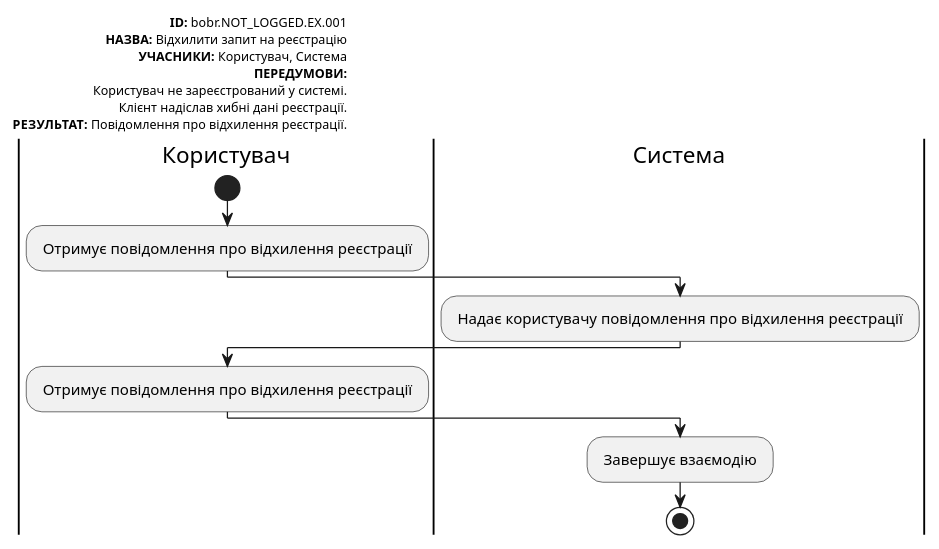
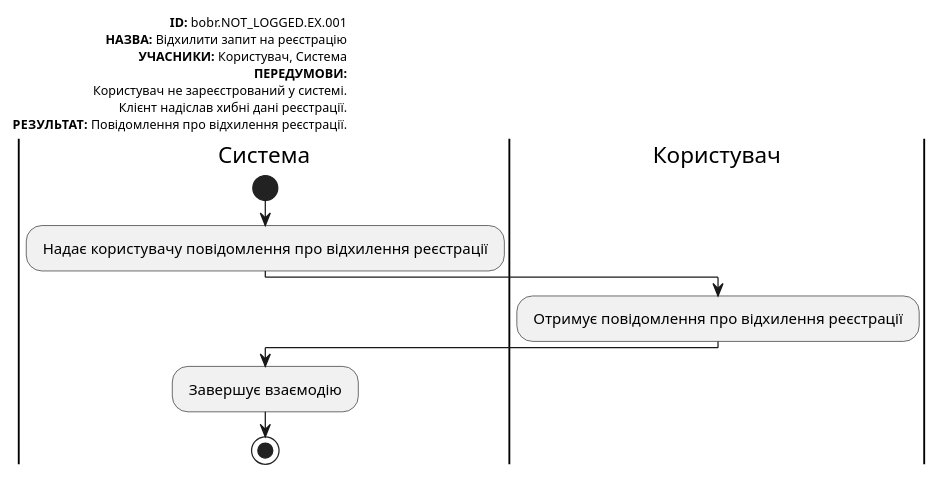
Before and after one commit to bochka123/bobryataStars: diagram 16 of 24 in docs/use cases/README.md, drawn with PlantUML. The commit also changed other lines of this file, not shown here.

```diff
--- a/docs/use cases/README.md
+++ b/docs/use cases/README.md
@@ -746,27 +746,24 @@
   @startuml
 
         left header
              <font color=000 size=10><b>ID:</b> bobr.NOT_LOGGED.EX.001
              <font color=000 size=10><b>НАЗВА:</b> Відхилити запит на реєстрацію
              <font color=000 size=10><b>УЧАСНИКИ:</b> Користувач, Система
              <font color=000 size=10><b>ПЕРЕДУМОВИ:</b>
              <font color=000 size=10>Користувач не зареєстрований у системі.
              <font color=000 size=10>Клієнт надіслав хибні дані реєстрації.
              <font color=000 size=10><b>РЕЗУЛЬТАТ:</b> Повідомлення про відхилення реєстрації.
          end header
-         |Користувач|
-            start
-             : Отримує повідомлення про відхилення реєстрації ;
-             
+
          |Система|
-             
+             start
              : Надає користувачу повідомлення про відхилення реєстрації ;
 
          |Користувач|
              : Отримує повідомлення про відхилення реєстрації ;
 
          |Система|
              : Завершує взаємодію ;
 
              stop;
     @enduml
```
